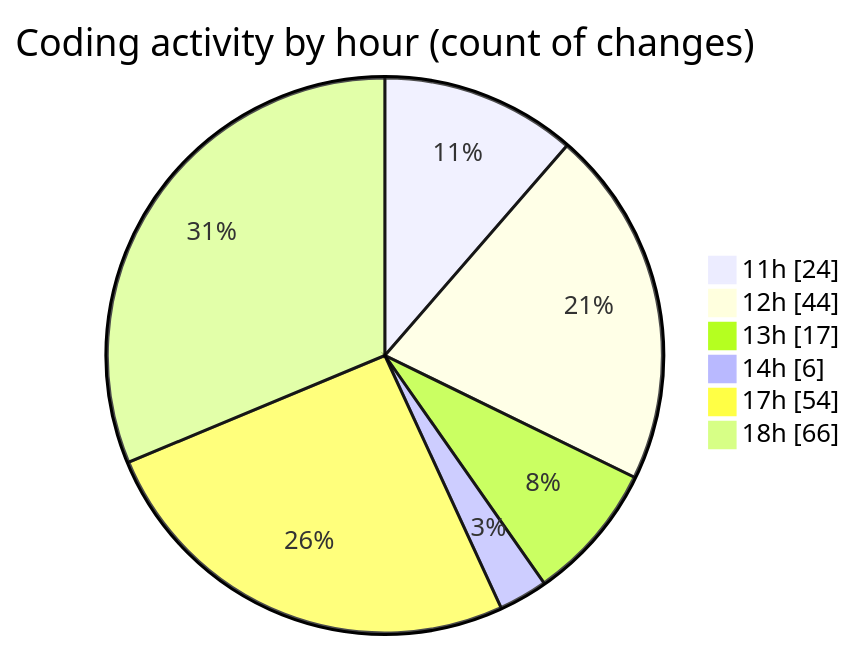
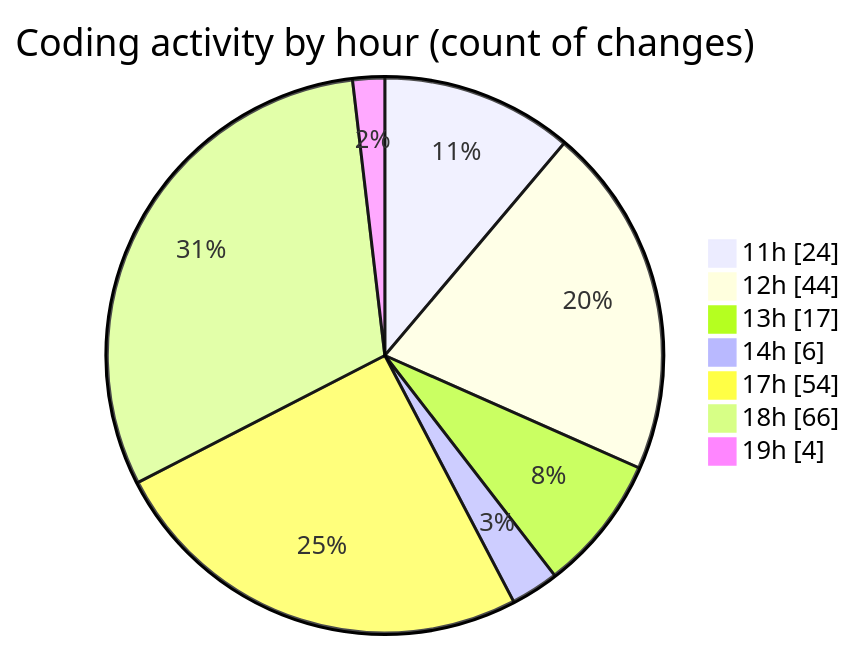
One commit to nxtqubesakshisongat/code-tracking changed the second of 2 diagrams in 2025-05-10/argos-dev/README.md. Above: the diagram before and after it, drawn with Mermaid. The commit also changed other lines of this file and 1 other file, not shown here.

````diff
--- a/2025-05-10/argos-dev/README.md
+++ b/2025-05-10/argos-dev/README.md
@@ -41,10 +41,11 @@
 ```mermaid
 pie showData
 title Coding activity by hour (count of changes)
 "11h" : 24
 "12h" : 44
 "13h" : 17
 "14h" : 6
 "17h" : 54
 "18h" : 66
+"19h" : 4
 ```
````
